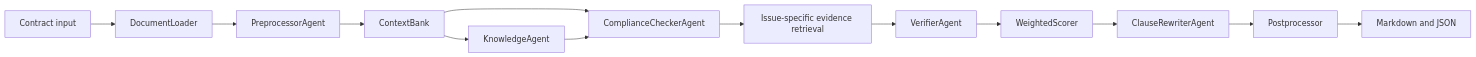
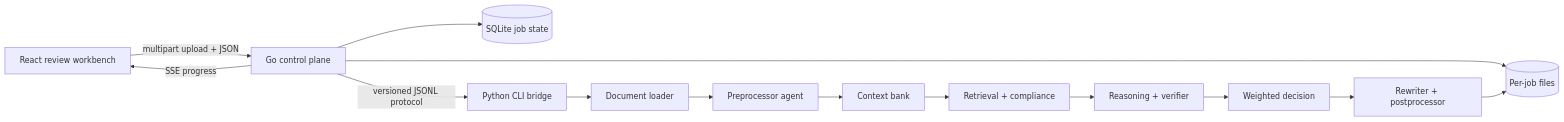
Before and after one commit to arpitJ-dev/ClauseGuard-Agent: the diagram in docs/ARCHITECTURE.md, drawn with Mermaid. The commit also changed other lines of this file and 26 other files, not shown here.

````diff
--- a/docs/ARCHITECTURE.md
+++ b/docs/ARCHITECTURE.md
@@ -10,15 +10,16 @@
 ```mermaid
 flowchart LR
-    A["Contract input"] --> B["DocumentLoader"]
-    B --> C["PreprocessorAgent"]
-    C --> D["ContextBank"]
-    D --> E["KnowledgeAgent"]
-    D --> F["ComplianceCheckerAgent"]
-    E --> F
-    F --> G["Issue-specific evidence retrieval"]
-    G --> H["VerifierAgent"]
-    H --> I["WeightedScorer"]
-    I --> J["ClauseRewriterAgent"]
-    J --> K["Postprocessor"]
-    K --> L["Markdown and JSON"]
+    A["React review workbench"] -->|"multipart upload + JSON"| B["Go control plane"]
+    B -->|"SSE progress"| A
+    B --> C[("SQLite job state")]
+    B --> D[("Per-job files")]
+    B -->|"versioned JSONL protocol"| E["Python CLI bridge"]
+    E --> F["Document loader"]
+    F --> G["Preprocessor agent"]
+    G --> H["Context bank"]
+    H --> I["Retrieval + compliance"]
+    I --> J["Reasoning + verifier"]
+    J --> K["Weighted decision"]
+    K --> L["Rewriter + postprocessor"]
+    L --> D
 ```
````
